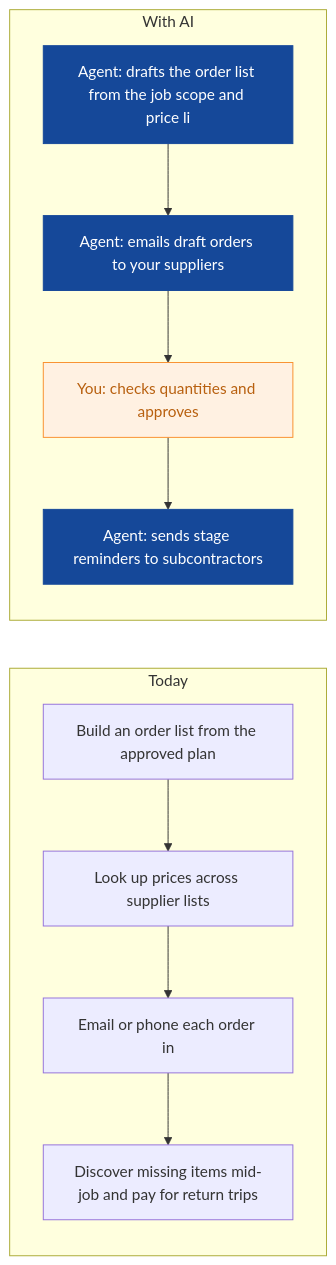
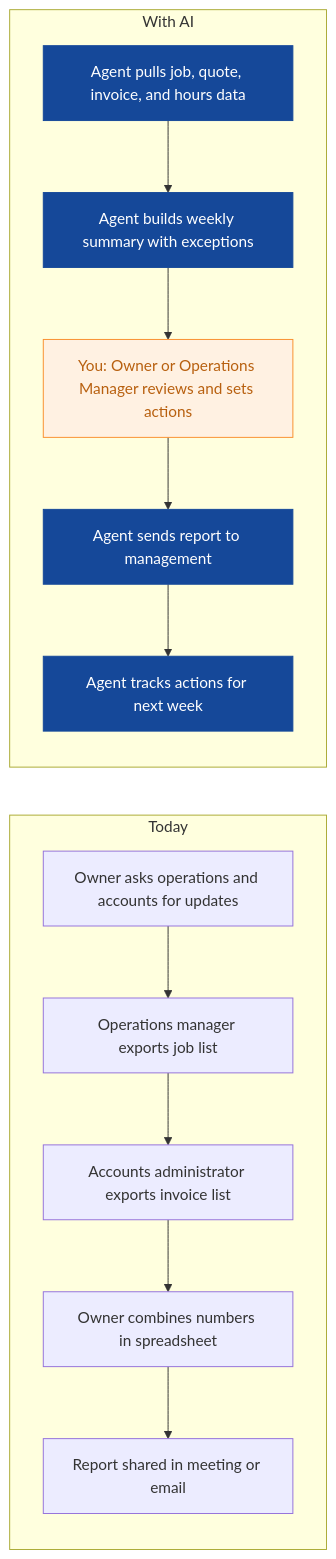
Before and after one commit to nexibeo/Complete-AI-Strategy: the seventh of 8 diagrams in strategies/verdant-roots-landscaping.md, drawn with Mermaid. The commit also changed other lines of this file and 26 other files, not shown here.

````diff
--- a/strategies/verdant-roots-landscaping.md
+++ b/strategies/verdant-roots-landscaping.md
@@ -241,21 +227,23 @@
 ```mermaid
 flowchart LR
   subgraph Today
-    B0["Build an order list from the approved plan"]
-    B1["Look up prices across supplier lists"]
-    B2["Email or phone each order in"]
-    B3["Discover missing items mid-job and pay for return trips"]
-    B0 --> B1 --> B2 --> B3
+    B0["Owner asks operations and accounts for updates"]
+    B1["Operations manager exports job list"]
+    B2["Accounts administrator exports invoice list"]
+    B3["Owner combines numbers in spreadsheet"]
+    B4["Report shared in meeting or email"]
+    B0 --> B1 --> B2 --> B3 --> B4
   end
   subgraph WithAI[With AI]
-    A0["Agent: drafts the order list from the job scope and price li"]
-    A1["Agent: emails draft orders to your suppliers"]
-    A2["You: checks quantities and approves"]
-    A3["Agent: sends stage reminders to subcontractors"]
-    A0 --> A1 --> A2 --> A3
+    A0["Agent pulls job, quote, invoice, and hours data"]
+    A1["Agent builds weekly summary with exceptions"]
+    A2["You: Owner or Operations Manager reviews and sets actions"]
+    A3["Agent sends report to management"]
+    A4["Agent tracks actions for next week"]
+    A0 --> A1 --> A2 --> A3 --> A4
   end
   classDef ai fill:#154899,color:#fff,stroke:#154899
   classDef human fill:#FFF1E2,color:#B8600F,stroke:#F98F2C
-  class A0,A1,A3 ai
+  class A0,A1,A3,A4 ai
   class A2 human
 ```
````
